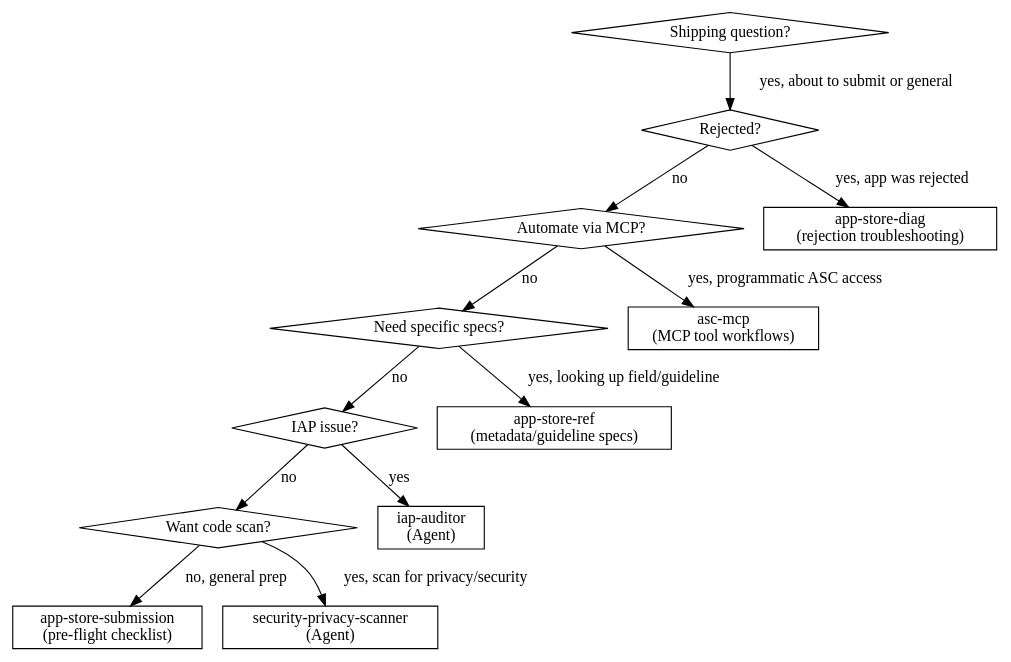
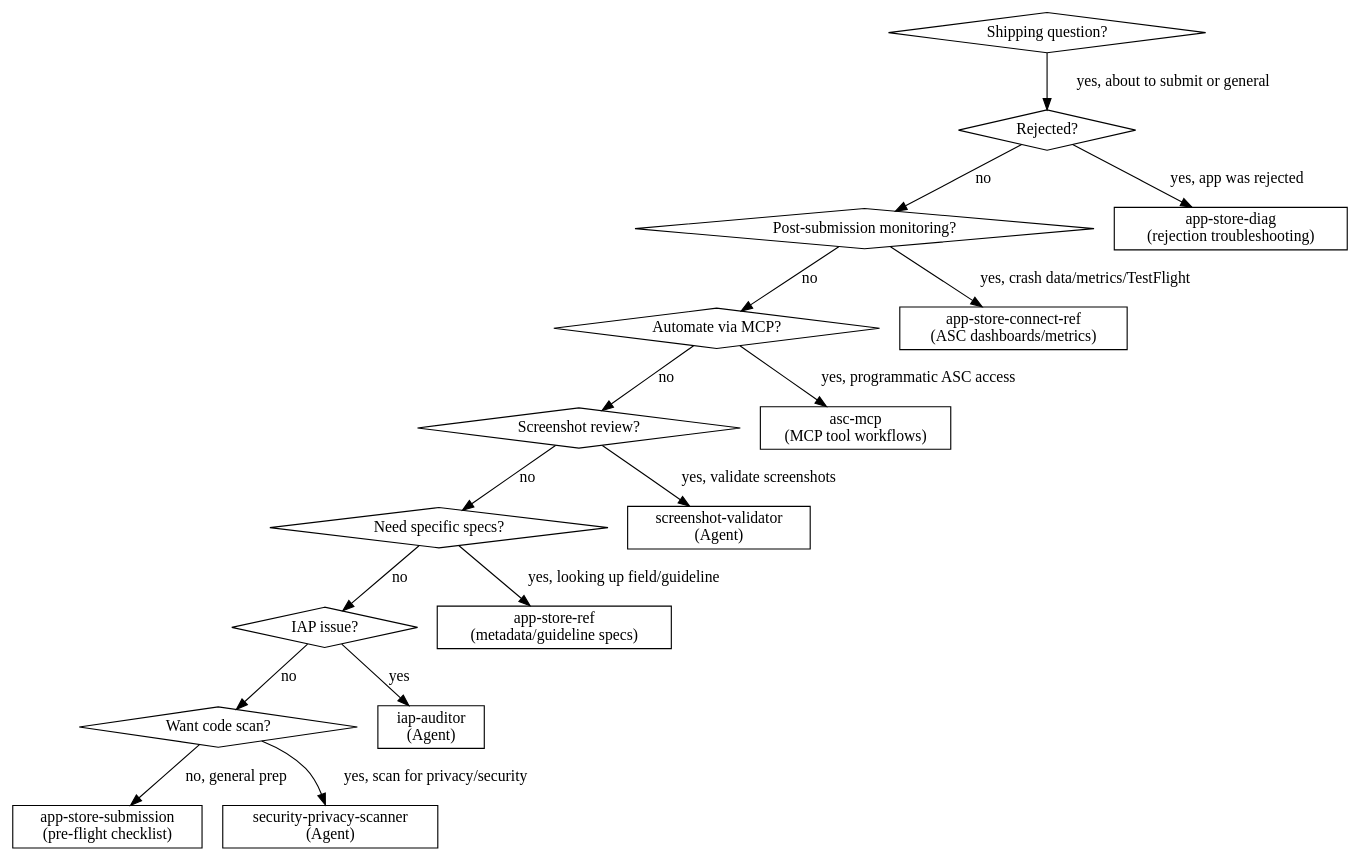
Before and after one commit to CharlesWiltgen/Axiom: the diagram in .claude-plugin/plugins/axiom/skills/axiom-shipping/SKILL.md, drawn with Graphviz. The commit also changed other lines of this file and 19 other files, not shown here.

First line of the commit message:
refactor: deduplicate App Store skill suite and add post-submission routing

````diff
--- a/.claude-plugin/plugins/axiom/skills/axiom-shipping/SKILL.md
+++ b/.claude-plugin/plugins/axiom/skills/axiom-shipping/SKILL.md
@@ -133,29 +165,37 @@
 ```dot
 digraph shipping {
     "Shipping question?" [shape=diamond];
     "Rejected?" [shape=diamond];
+    "Post-submission monitoring?" [shape=diamond];
     "Automate via MCP?" [shape=diamond];
+    "Screenshot review?" [shape=diamond];
     "Need specific specs?" [shape=diamond];
     "IAP issue?" [shape=diamond];
     "Want code scan?" [shape=diamond];
 
     "app-store-submission" [shape=box, label="app-store-submission\n(pre-flight checklist)"];
     "app-store-ref" [shape=box, label="app-store-ref\n(metadata/guideline specs)"];
     "app-store-diag" [shape=box, label="app-store-diag\n(rejection troubleshooting)"];
+    "app-store-connect-ref" [shape=box, label="app-store-connect-ref\n(ASC dashboards/metrics)"];
     "security-privacy-scanner" [shape=box, label="security-privacy-scanner\n(Agent)"];
     "iap-auditor" [shape=box, label="iap-auditor\n(Agent)"];
+    "screenshot-validator" [shape=box, label="screenshot-validator\n(Agent)"];
     "asc-mcp" [shape=box, label="asc-mcp\n(MCP tool workflows)"];
 
     "Shipping question?" -> "Rejected?" [label="yes, about to submit or general"];
     "Rejected?" -> "app-store-diag" [label="yes, app was rejected"];
-    "Rejected?" -> "Automate via MCP?" [label="no"];
+    "Rejected?" -> "Post-submission monitoring?" [label="no"];
+    "Post-submission monitoring?" -> "app-store-connect-ref" [label="yes, crash data/metrics/TestFlight"];
+    "Post-submission monitoring?" -> "Automate via MCP?" [label="no"];
     "Automate via MCP?" -> "asc-mcp" [label="yes, programmatic ASC access"];
-    "Automate via MCP?" -> "Need specific specs?" [label="no"];
+    "Automate via MCP?" -> "Screenshot review?" [label="no"];
+    "Screenshot review?" -> "screenshot-validator" [label="yes, validate screenshots"];
+    "Screenshot review?" -> "Need specific specs?" [label="no"];
     "Need specific specs?" -> "app-store-ref" [label="yes, looking up field/guideline"];
     "Need specific specs?" -> "IAP issue?" [label="no"];
     "IAP issue?" -> "iap-auditor" [label="yes"];
     "IAP issue?" -> "Want code scan?" [label="no"];
     "Want code scan?" -> "security-privacy-scanner" [label="yes, scan for privacy/security"];
     "Want code scan?" -> "app-store-submission" [label="no, general prep"];
 }
 ```
````
